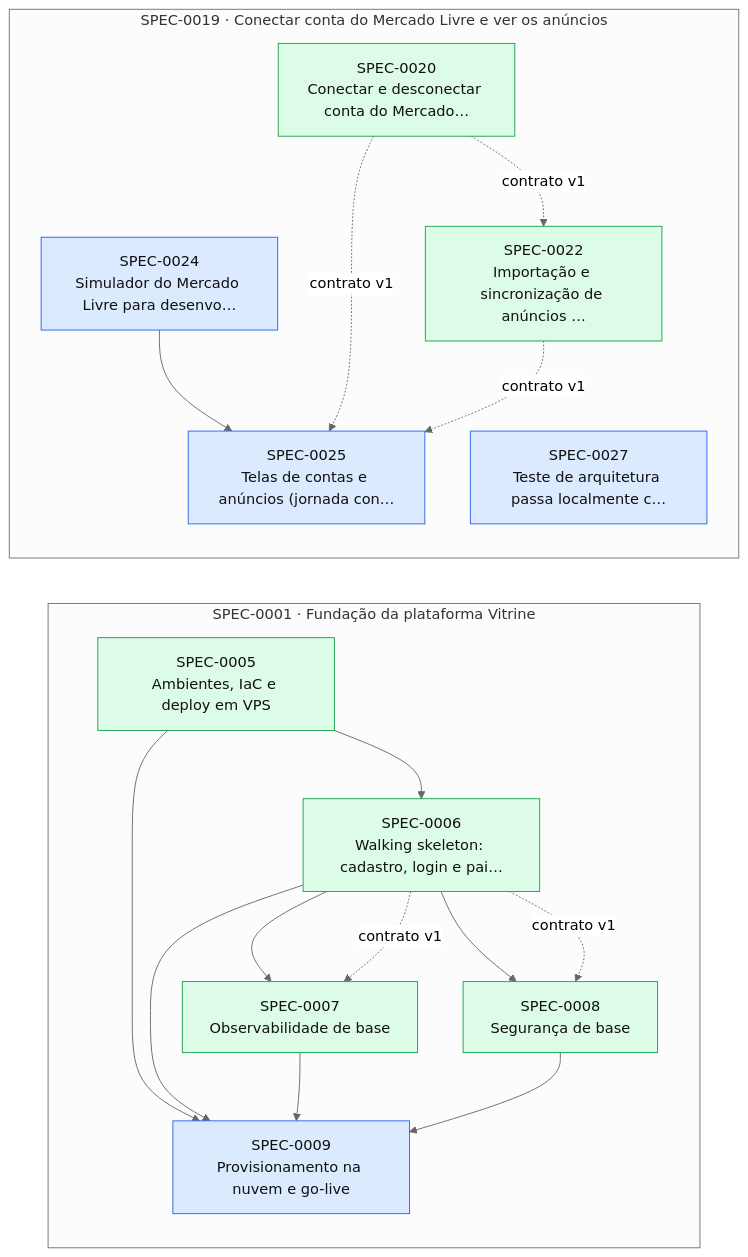
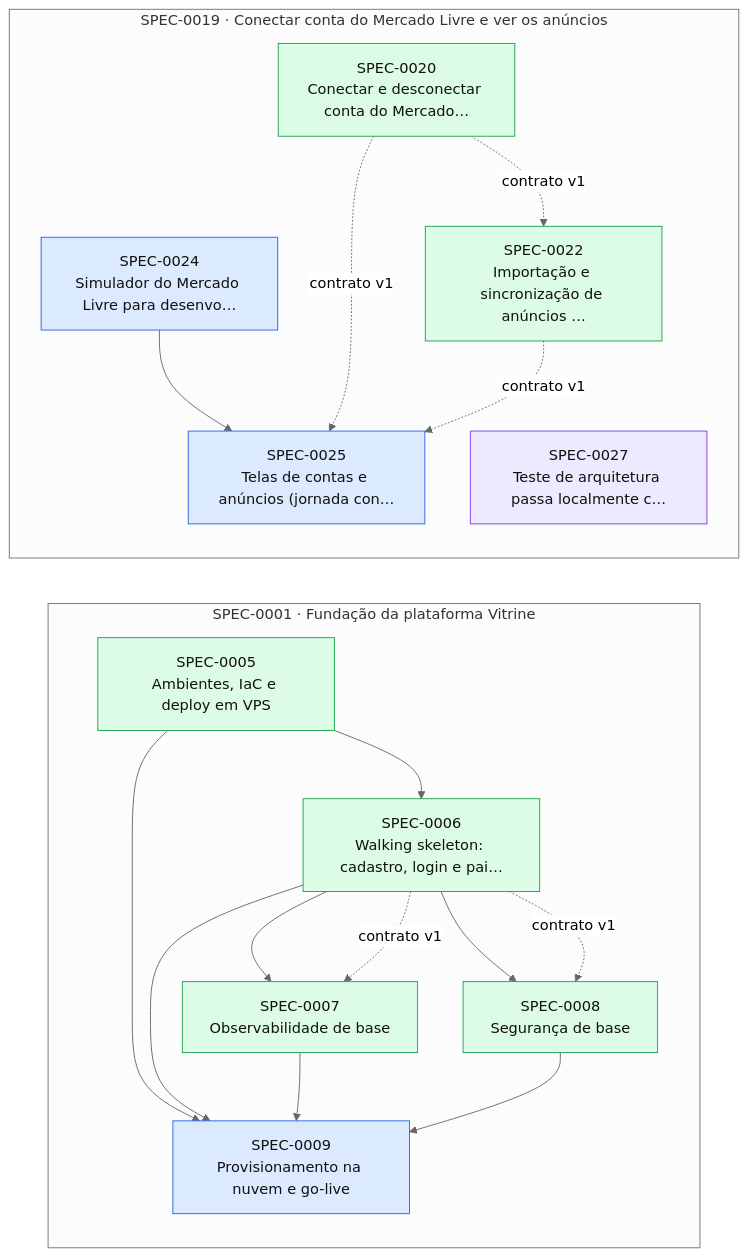
One commit to thomasravache/vitrine changed the diagram in docs/specs/INDEX.md. Above: the diagram before and after it, drawn with Mermaid (neutral theme). The commit also changed other lines of this file and 1 other file, not shown here.

First line of the commit message:
docs(specs): despacha a SPEC-0027

````diff
--- a/docs/specs/INDEX.md
+++ b/docs/specs/INDEX.md
@@ -61,35 +61,35 @@
 ```mermaid
 flowchart LR
   subgraph E0001["SPEC-0001 · Fundação da plataforma Vitrine"]
     S0005["SPEC-0005<br/>Ambientes, IaC e deploy em VPS"]:::implemented
     S0006["SPEC-0006<br/>Walking skeleton: cadastro, login e pai…"]:::implemented
     S0007["SPEC-0007<br/>Observabilidade de base"]:::implemented
     S0008["SPEC-0008<br/>Segurança de base"]:::implemented
     S0009["SPEC-0009<br/>Provisionamento na nuvem e go-live"]:::approved
   end
   subgraph E0019["SPEC-0019 · Conectar conta do Mercado Livre e ver os anúncios"]
     S0020["SPEC-0020<br/>Conectar e desconectar conta do Mercado…"]:::implemented
     S0022["SPEC-0022<br/>Importação e sincronização de anúncios …"]:::implemented
     S0024["SPEC-0024<br/>Simulador do Mercado Livre para desenvo…"]:::approved
     S0025["SPEC-0025<br/>Telas de contas e anúncios (jornada con…"]:::approved
-    S0027["SPEC-0027<br/>Teste de arquitetura passa localmente c…"]:::approved
+    S0027["SPEC-0027<br/>Teste de arquitetura passa localmente c…"]:::inprogress
   end
   S0005 --> S0006
   S0006 --> S0007
   S0006 -. contrato v1 .-> S0007
   S0006 --> S0008
   S0006 -. contrato v1 .-> S0008
   S0005 --> S0009
   S0006 --> S0009
   S0007 --> S0009
   S0008 --> S0009
   S0020 -. contrato v1 .-> S0022
   S0024 --> S0025
   S0020 -. contrato v1 .-> S0025
   S0022 -. contrato v1 .-> S0025
   classDef proposed fill:#fef3c7,stroke:#d97706,color:#111
   classDef approved fill:#dbeafe,stroke:#2563eb,color:#111
   classDef inprogress fill:#ede9fe,stroke:#7c3aed,color:#111
   classDef implemented fill:#dcfce7,stroke:#16a34a,color:#111
   classDef deprecated fill:#f3f4f6,stroke:#9ca3af,color:#6b7280
 ```
````
